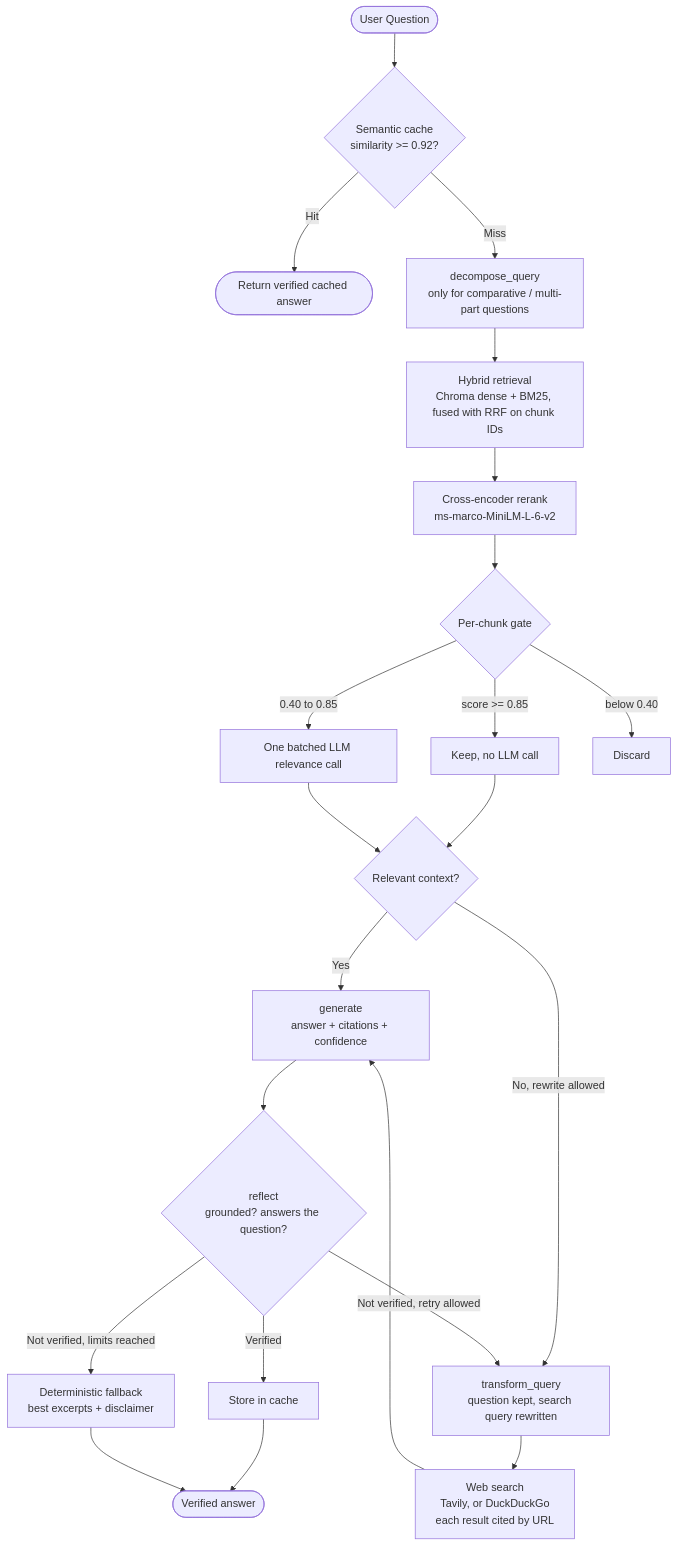
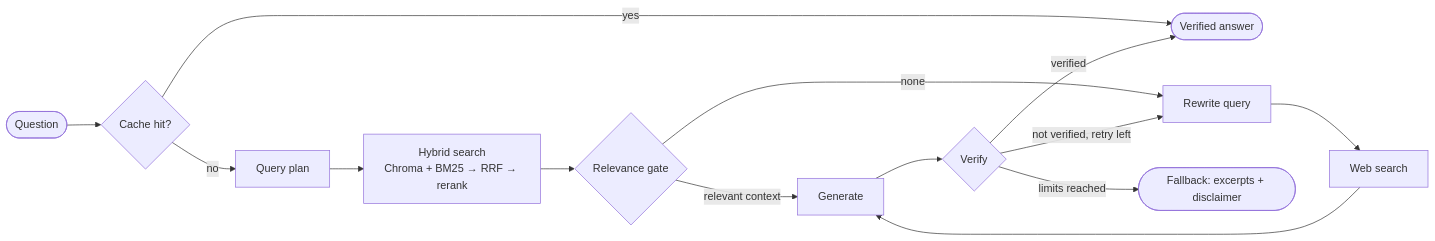
Before and after one commit to Nitro-Builds-Yash/halo: the diagram in README.md, drawn with Mermaid. The commit also changed other lines of this file and 82 other files, not shown here.

````diff
--- a/README.md
+++ b/README.md
@@ -22,25 +157,12 @@
 ```mermaid
-flowchart TD
-    Start([User Question]) --> CacheCheck{Semantic cache<br/>similarity >= 0.92?}
-    CacheCheck -- Hit --> ReturnCached([Return verified cached answer])
-    CacheCheck -- Miss --> Decompose[decompose_query<br/>only for comparative / multi-part questions]
-
-    Decompose --> Retrieve[Hybrid retrieval<br/>Chroma dense + BM25, fused with RRF on chunk IDs]
-    Retrieve --> Rerank[Cross-encoder rerank<br/>ms-marco-MiniLM-L-6-v2]
-    Rerank --> Gate{Per-chunk gate}
-    Gate -- score >= 0.85 --> Keep[Keep, no LLM call]
-    Gate -- 0.40 to 0.85 --> BatchGrade[One batched LLM relevance call]
-    Gate -- below 0.40 --> Drop[Discard]
-
-    Keep --> Enough{Relevant context?}
-    BatchGrade --> Enough
-    Enough -- Yes --> Generate[generate<br/>answer + citations + confidence]
-    Enough -- No, rewrite allowed --> Transform[transform_query<br/>question kept, search query rewritten]
-    Transform --> WebSearch[Web search<br/>Tavily, or DuckDuckGo<br/>each result cited by URL]
-    WebSearch --> Generate
-
-    Generate --> Reflect{reflect<br/>grounded? answers the question?}
-    Reflect -- Verified --> CacheStore[Store in cache] --> End([Verified answer])
-    Reflect -- Not verified, retry allowed --> Transform
-    Reflect -- Not verified, limits reached --> Fallback[Deterministic fallback<br/>best excerpts + disclaimer] --> End
+flowchart LR
+    Q([Question]) --> C{Cache hit?}
+    C -- yes --> A([Verified answer])
+    C -- no --> P[Query plan] --> R[Hybrid search<br/>Chroma + BM25 → RRF → rerank] --> G{Relevance gate}
+    G -- relevant context --> Gen[Generate]
+    G -- none --> W[Rewrite query] --> S[Web search] --> Gen
+    Gen --> V{Verify}
+    V -- verified --> A
+    V -- not verified, retry left --> W
+    V -- limits reached --> F([Fallback: excerpts + disclaimer])
 ```
````
